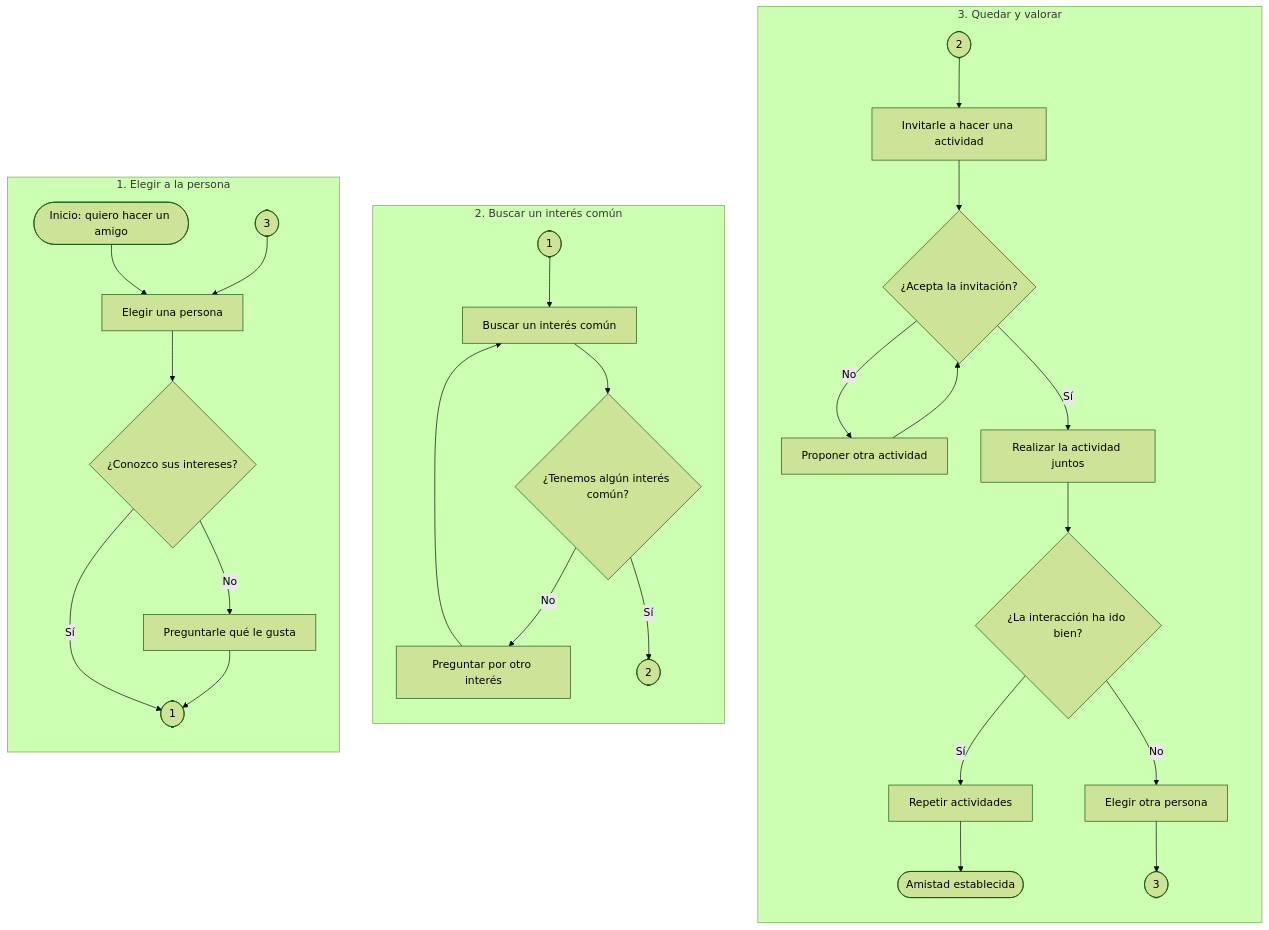
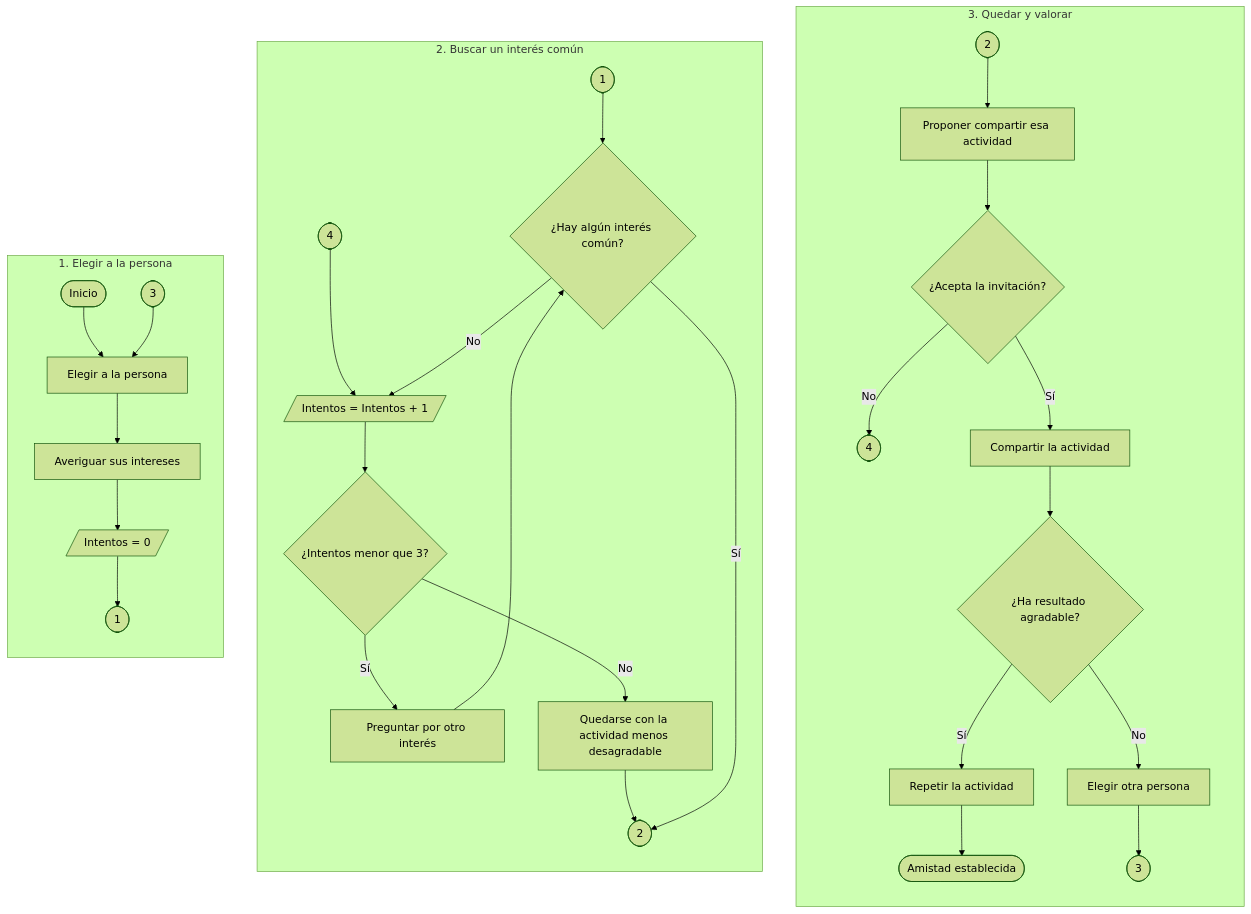
The diagram in docs/diagramas-largos.md (sirenaapp/sirenaapp.github.io), drawn with Mermaid (forest theme) before and after one commit. The commit also changed 1 other file, not shown here.

Commit message:
Fix the boxed version of the friendship algorithm too
Same algorithm as the single-column example, with Howard's counter and the
least objectionable activity exit, folded into three boxes. The documentation
page shows the corrected code.

````diff
--- a/docs/diagramas-largos.md
+++ b/docs/diagramas-largos.md
@@ -24,38 +24,42 @@
 ```mermaid
 flowchart LR
+    accTitle: Algoritmo de la amistad en cajas, de Sheldon Cooper (The Big Bang Theory)
+    accDescr: El mismo algoritmo de la serie The Big Bang Theory, plegado en tres cajas unidas por conectores numerados.
     subgraph S1[1. Elegir a la persona]
         direction TB
-        A([Inicio: quiero hacer un amigo]) --> B[Elegir una persona]
+        A([Inicio]) --> B[Elegir a la persona]
         V3([3]) --> B
-        B --> C{¿Conozco sus intereses?}
-        C -- No --> D[Preguntarle qué le gusta]
-        C -- Sí --> X1([1])
-        D --> X1
+        B --> C[Averiguar sus intereses]
+        C --> F[/Intentos = 0/]
+        F --> X1([1])
     end
 
     subgraph S2[2. Buscar un interés común]
         direction TB
-        Y1([1]) --> E[Buscar un interés común]
-        E --> F{¿Tenemos algún interés común?}
-        F -- No --> H[Preguntar por otro interés]
-        H --> E
-        F -- Sí --> X2([2])
+        Y1([1]) --> D{¿Hay algún interés común?}
+        Y4([4]) --> I
+        D -- No --> I[/Intentos = Intentos + 1/]
+        I --> J{¿Intentos menor que 3?}
+        J -- Sí --> E[Preguntar por otro interés]
+        E --> D
+        J -- No --> L[Quedarse con la actividad menos desagradable]
+        L --> X2([2])
+        D -- Sí --> X2
     end
 
     subgraph S3[3. Quedar y valorar]
         direction TB
-        Y2([2]) --> G[Invitarle a hacer una actividad]
-        G --> I{¿Acepta la invitación?}
-        I -- No --> K[Proponer otra actividad]
-        K --> I
-        I -- Sí --> J[Realizar la actividad juntos]
-        J --> L{¿La interacción ha ido bien?}
-        L -- Sí --> M[Repetir actividades]
-        M --> O([Amistad establecida])
-        L -- No --> N[Elegir otra persona]
-        N --> X3([3])
+        Y2([2]) --> G[Proponer compartir esa actividad]
+        G --> H{¿Acepta la invitación?}
+        H -- No --> X4([4])
+        H -- Sí --> M[Compartir la actividad]
+        M --> N{¿Ha resultado agradable?}
+        N -- Sí --> O[Repetir la actividad]
+        O --> P([Amistad establecida])
+        N -- No --> Q[Elegir otra persona]
+        Q --> X3([3])
     end
 
     S1 ~~~ S2
     S2 ~~~ S3
 ```
````
